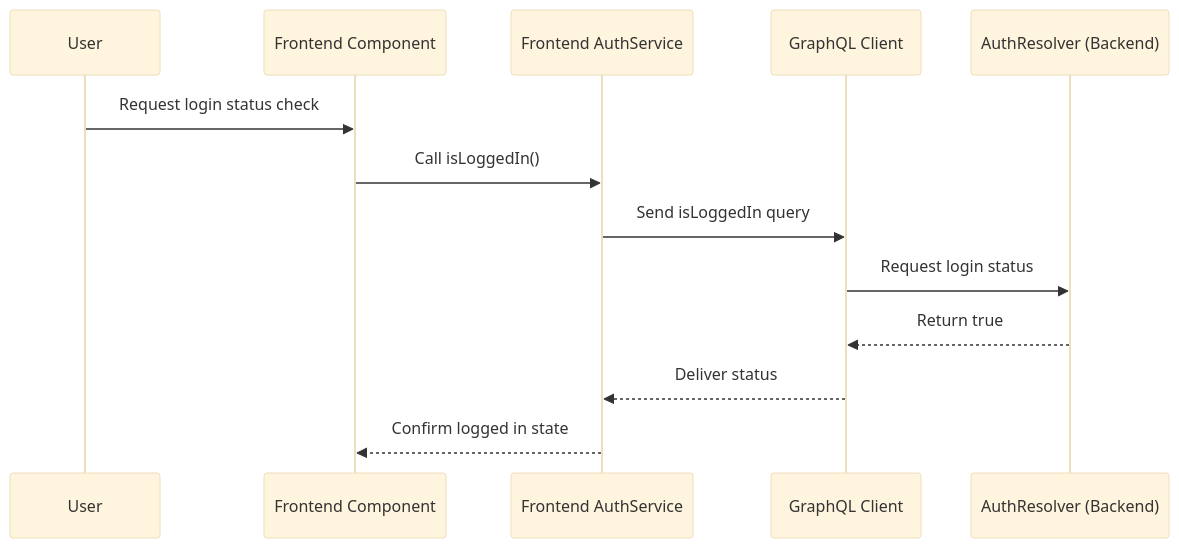
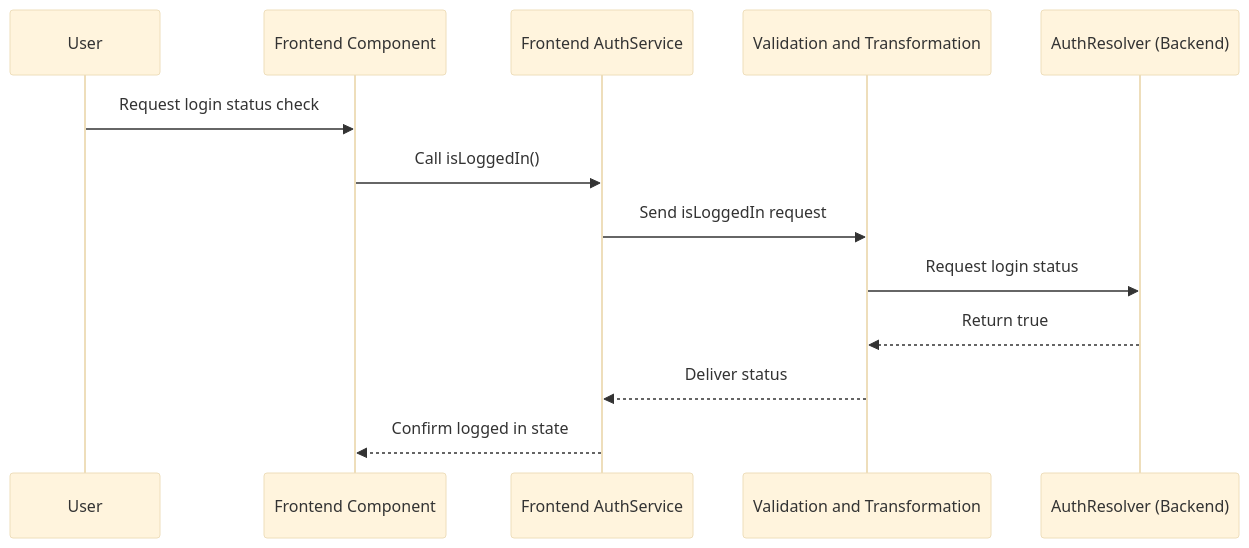
One commit to Junqo-org/junqo-platform changed the fourth of 4 diagrams in docs/developer/index.md. Above: the diagram before and after it, drawn with Mermaid (base theme). The commit also changed other lines of this file and 135 other files, not shown here.

Commit message:
Remove graphql from backend  and documentation

````diff
--- a/docs/developer/index.md
+++ b/docs/developer/index.md
@@ -240,16 +240,16 @@
 ```mermaid
 sequenceDiagram
   participant U as User
   participant FE as Frontend Component
   participant FAS as Frontend AuthService
-  participant GC as GraphQL Client
+  participant GC as Validation and Transformation
   participant AR as AuthResolver (Backend)
 
   U->>FE: Request login status check
   FE->>FAS: Call isLoggedIn()
-  FAS->>GC: Send isLoggedIn query
+  FAS->>GC: Send isLoggedIn request
   GC->>AR: Request login status
   AR-->>GC: Return true
   GC-->>FAS: Deliver status
   FAS-->>FE: Confirm logged in state
 ```
````
